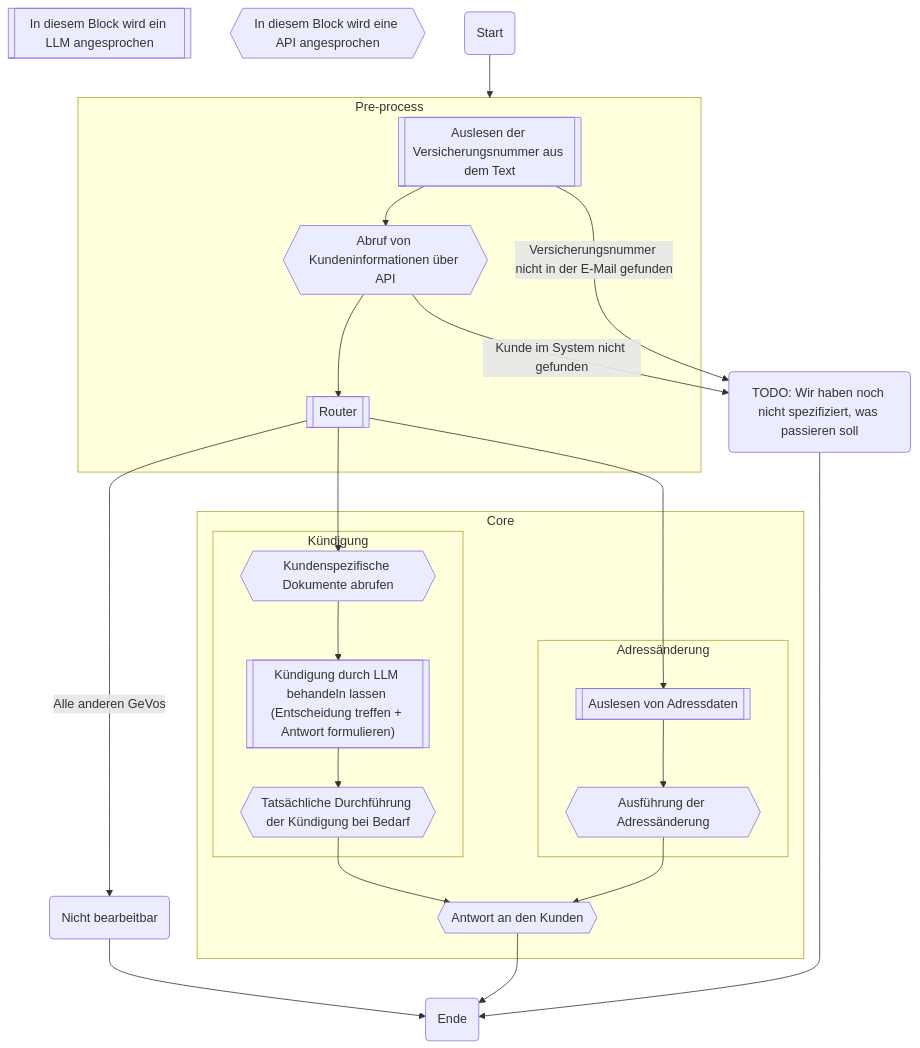
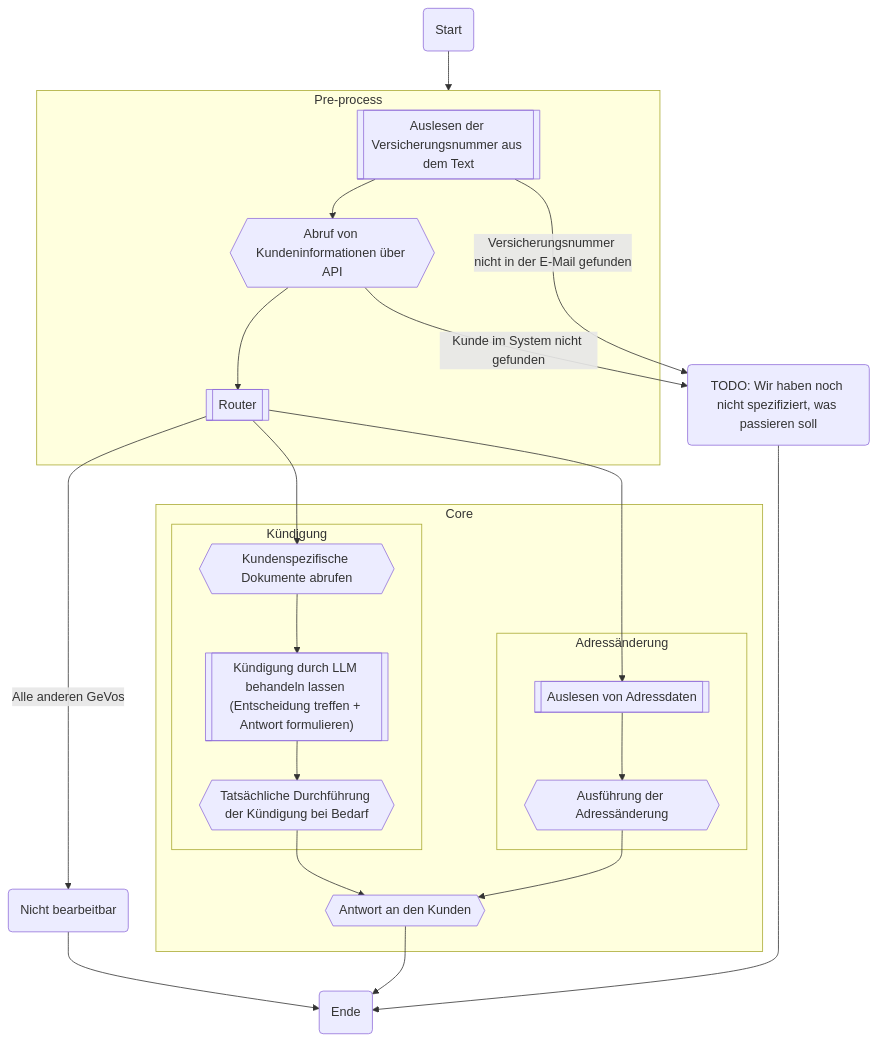
One commit to FausztBenedek/fcb-presentation-ki-workflow changed the fifth of 11 diagrams in slides.md. Above: the diagram before and after it, drawn with Mermaid. The commit also changed other lines of this file and 1 other file, not shown here.

````diff
--- a/slides.md
+++ b/slides.md
@@ -348,47 +380,45 @@
 ```mermaid
 
 graph TD
-    llm[[In diesem Block wird ein LLM angesprochen]]
-    api_call{{In diesem Block wird eine API angesprochen}}
 
     __START__(Start)
     __START__ --> Pre-process
     subgraph Pre-process
         customer_data_extract[["Auslesen der Versicherungsnummer aus dem Text"]]
         fetch_customer_details{{"Abruf von Kundeninformationen über API"}}
         router[["Router"]]
         customer_data_extract --> fetch_customer_details
         fetch_customer_details --> router
     end
     router -->|Alle anderen GeVos| uncovered
     router --> fetch_customer_documents
     router --> address_data_extract
     subgraph Core
         subgraph Kündigung
             fetch_customer_documents{{"Kundenspezifische Dokumente abrufen"}}
             termination_handled_by_llm[["Kündigung durch LLM behandeln lassen (Entscheidung treffen + Antwort formulieren)"]]
             fetch_customer_documents --> termination_handled_by_llm
             termination_handled_by_llm --> termination_actual_handling
             termination_actual_handling{{"Tatsächliche Durchführung der Kündigung bei Bedarf"}}
         end
 
         subgraph Adressänderung
             address_data_extract[["Auslesen von Adressdaten"]]
             address_change_execute{{"Ausführung der Adressänderung"}}
             address_data_extract --> address_change_execute
         end
         termination_actual_handling --> answer
         address_change_execute --> answer
         answer{{Antwort an den Kunden}}
 
     end
     answer{{"Antwort an den Kunden"}}
     todo_node("TODO: Wir haben noch nicht spezifiziert, was passieren soll")
     fetch_customer_details --> |"Kunde im System nicht gefunden"|todo_node
     customer_data_extract --> |"Versicherungsnummer nicht in der E-Mail gefunden"|todo_node
     answer --> __END__
     todo_node --> __END__
     __END__(Ende)
     uncovered("Nicht bearbeitbar") --> __END__;
 
 ```
````
